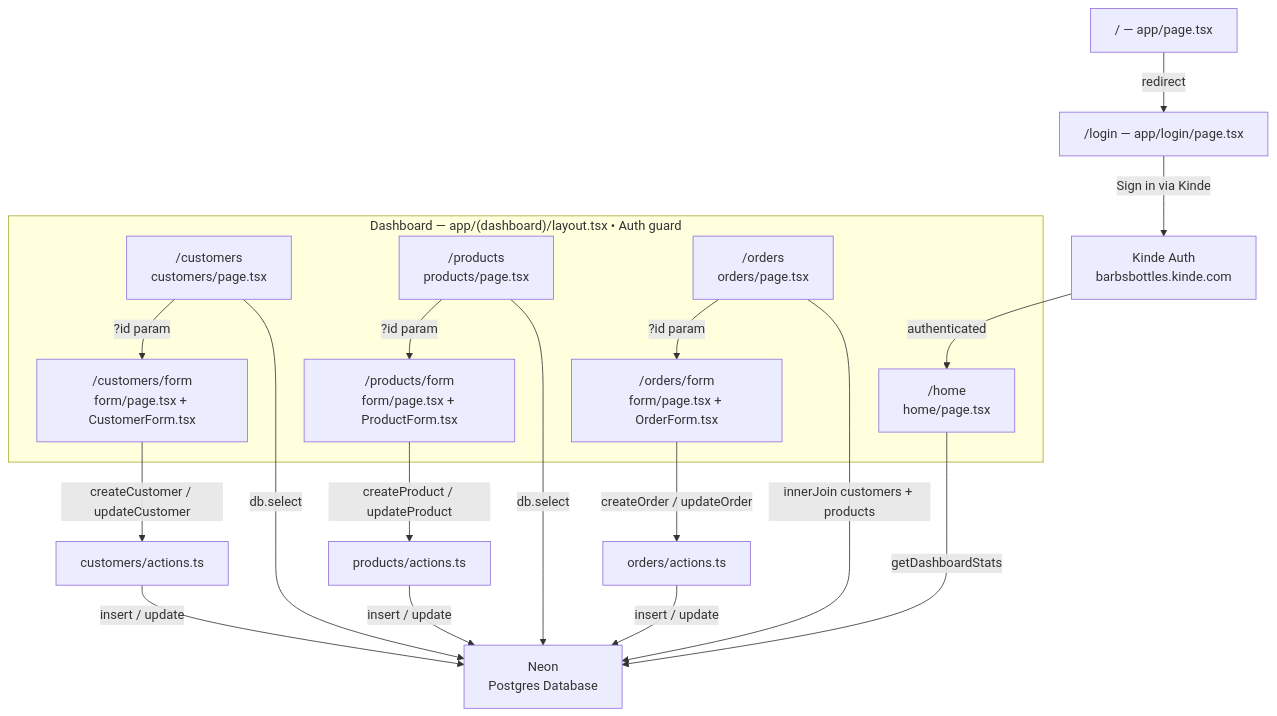
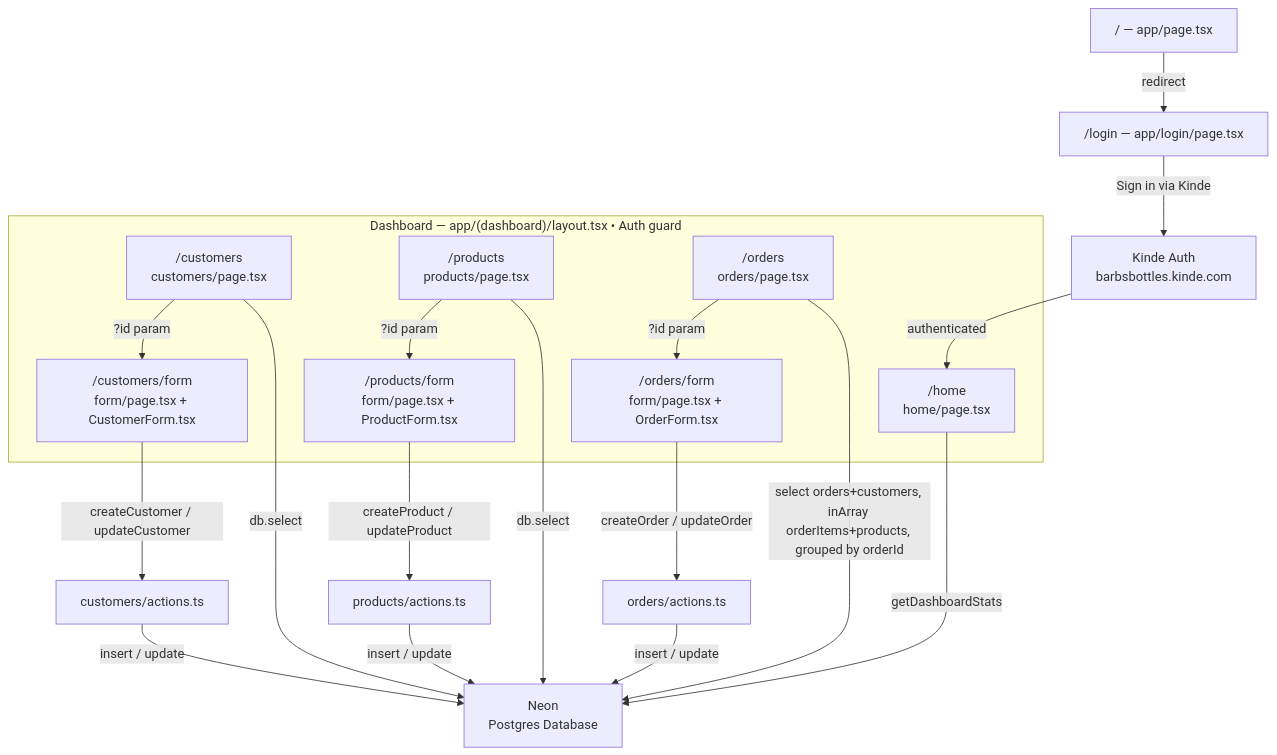
The diagram in markdown files/Home.md (usiel667/barbs-bottles), drawn with Mermaid before and after one commit. The commit also changed other lines of this file and 5 other files, not shown here.

````diff
--- a/markdown files/Home.md
+++ b/markdown files/Home.md
@@ -40,32 +39,32 @@
 ```mermaid
 flowchart TD
     ROOT["/  —  app/page.tsx"] -->|redirect| LOGIN
 
     LOGIN["/login  —  app/login/page.tsx"]
     LOGIN -->|Sign in via Kinde| KINDE["Kinde Auth\nbarbsbottles.kinde.com"]
     KINDE -->|authenticated| HOME
 
     subgraph DASHBOARD ["Dashboard  —  app/(dashboard)/layout.tsx  •  Auth guard"]
         HOME["/home\nhome/page.tsx"]
         CUSTOMERS["/customers\ncustomers/page.tsx"]
         CUST_FORM["/customers/form\nform/page.tsx + CustomerForm.tsx"]
         PRODUCTS["/products\nproducts/page.tsx"]
         PROD_FORM["/products/form\nform/page.tsx + ProductForm.tsx"]
         ORDERS["/orders\norders/page.tsx"]
         ORD_FORM["/orders/form\nform/page.tsx + OrderForm.tsx"]
     end
 
     CUSTOMERS -->|?id param| CUST_FORM
     CUST_FORM -->|createCustomer / updateCustomer| CUST_ACTIONS["customers/actions.ts"]
     CUST_ACTIONS -->|insert / update| DB["Neon\nPostgres Database"]
     PRODUCTS -->|?id param| PROD_FORM
     PROD_FORM -->|createProduct / updateProduct| PROD_ACTIONS["products/actions.ts"]
     PROD_ACTIONS -->|insert / update| DB
     HOME -->|getDashboardStats| DB
     CUSTOMERS -->|db.select| DB
     PRODUCTS -->|db.select| DB
     ORDERS -->|?id param| ORD_FORM
-    ORDERS -->|innerJoin customers + products| DB
+    ORDERS -->|select orders+customers, inArray orderItems+products, grouped by orderId| DB
     ORD_FORM -->|createOrder / updateOrder| ORD_ACTIONS["orders/actions.ts"]
     ORD_ACTIONS -->|insert / update| DB
 ```
````
